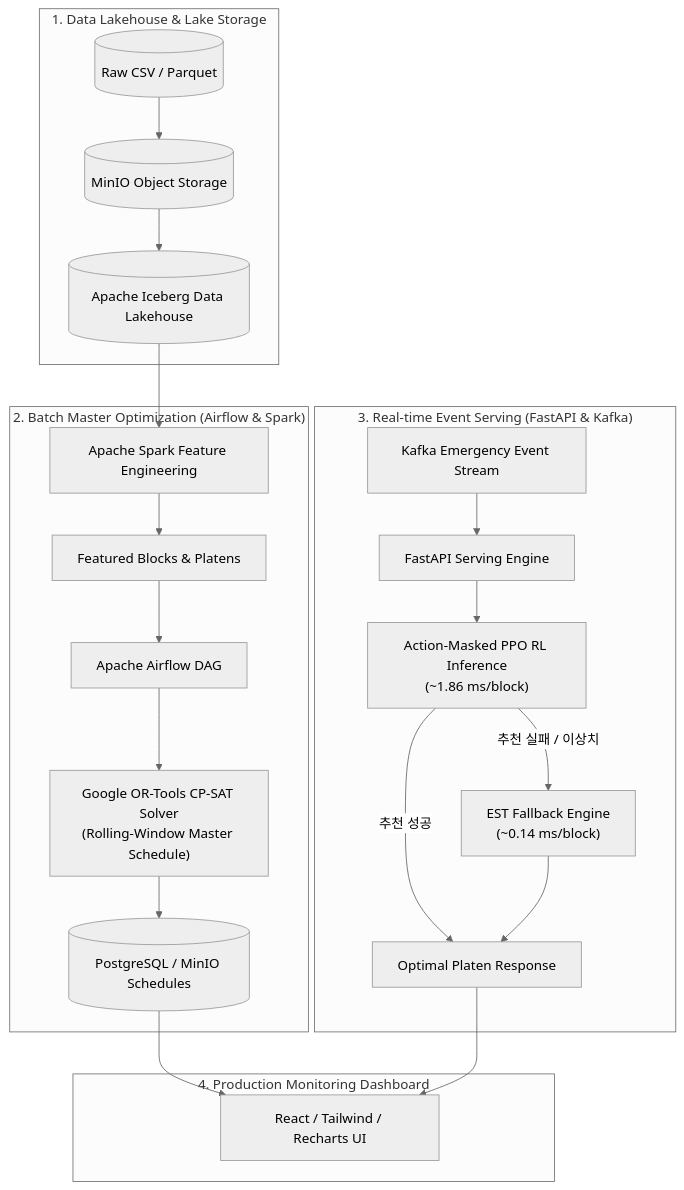
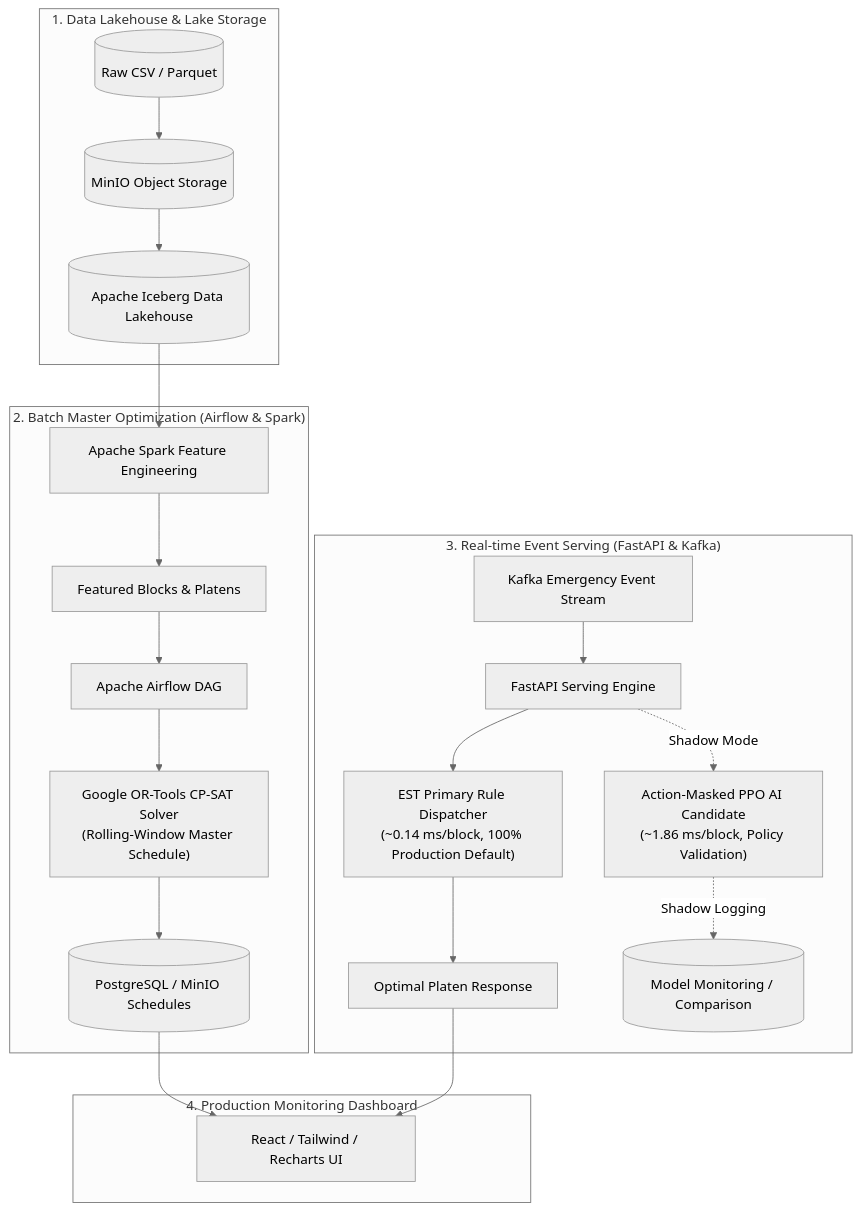
Before and after one commit to pihet/samsung_project: the diagram in 2차프로젝트/README.md, drawn with Mermaid (neutral theme). The commit also changed other lines of this file, not shown here.

Commit message:
docs: establish EST as primary real-time dispatcher and PPO as policy validation shadow mode candidate

````diff
--- a/2차프로젝트/README.md
+++ b/2차프로젝트/README.md
@@ -36,28 +36,28 @@
 ```mermaid
 flowchart TD
     subgraph Storage ["1. Data Lakehouse & Lake Storage"]
         RawData[(Raw CSV / Parquet)] --> MinIO[(MinIO Object Storage)]
         MinIO --> Iceberg[(Apache Iceberg Data Lakehouse)]
     end
 
     subgraph BatchPipeline ["2. Batch Master Optimization (Airflow & Spark)"]
         Iceberg --> Spark[Apache Spark Feature Engineering]
         Spark --> ProcessedFeatures[Featured Blocks & Platens]
         ProcessedFeatures --> Airflow[Apache Airflow DAG]
         Airflow --> CP_SAT["Google OR-Tools CP-SAT Solver<br/>(Rolling-Window Master Schedule)"]
         CP_SAT --> ScheduleDB[(PostgreSQL / MinIO Schedules)]
     end
 
     subgraph Serving ["3. Real-time Event Serving (FastAPI & Kafka)"]
         Kafka[Kafka Emergency Event Stream] --> FastAPI[FastAPI Serving Engine]
-        FastAPI --> PPO["Action-Masked PPO RL Inference<br/>(~1.86 ms/block)"]
-        PPO -- "추천 실패 / 이상치" --> EST["EST Fallback Engine<br/>(~0.14 ms/block)"]
-        PPO -- "추천 성공" --> Response[Optimal Platen Response]
-        EST --> Response
+        FastAPI --> EST["EST Primary Rule Dispatcher<br/>(~0.14 ms/block, 100% Production Default)"]
+        FastAPI -. Shadow Mode .-> PPO["Action-Masked PPO AI Candidate<br/>(~1.86 ms/block, Policy Validation)"]
+        EST --> Response[Optimal Platen Response]
+        PPO -. Shadow Logging .-> Evaluation[(Model Monitoring / Comparison)]
     end
 
     subgraph Dashboard ["4. Production Monitoring Dashboard"]
         ScheduleDB --> React[React / Tailwind / Recharts UI]
         Response --> React
     end
 ```
````
